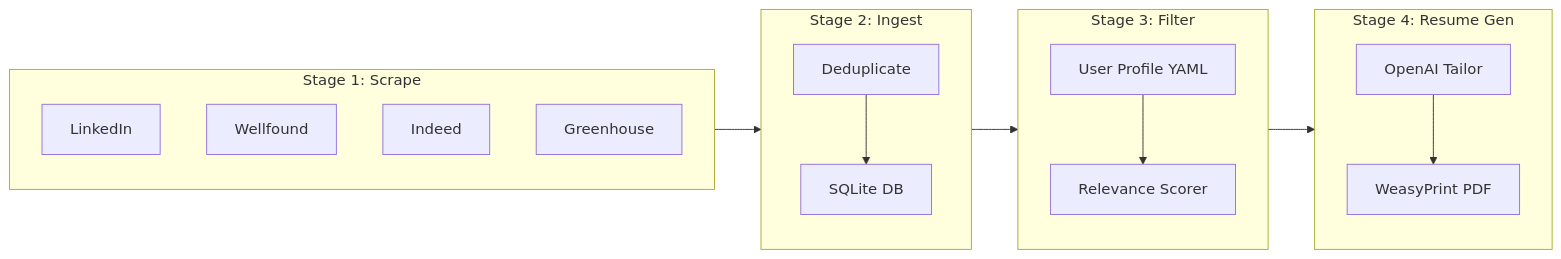
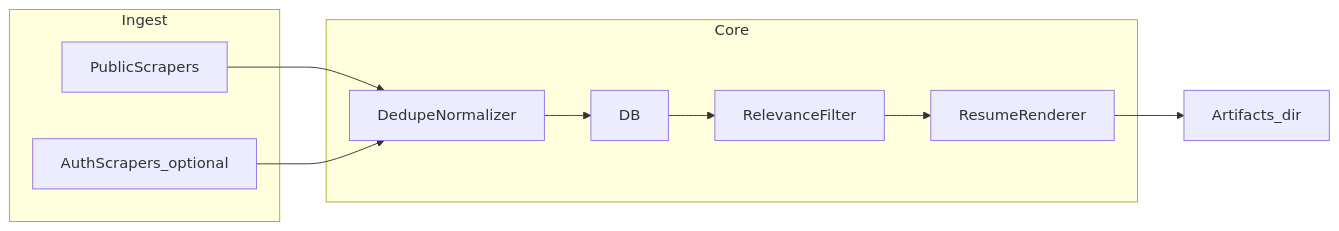
One commit to sogani12/llm-planning-graph changed the diagram in eval/experiments/project_01_job_copilot/condition_a/plan.md. Above: the diagram before and after it, drawn with Mermaid. The commit also changed other lines of this file and 11 other files, not shown here.

Commit message:
add experiment 1 results: condition A/B conversations, plans, final graph, updated objectives

````diff
--- a/eval/experiments/project_01_job_copilot/condition_a/plan.md
+++ b/eval/experiments/project_01_job_copilot/condition_a/plan.md
@@ -9,31 +46,19 @@
 ```mermaid
 flowchart LR
-  subgraph scrape [Stage 1: Scrape]
-    LinkedIn
-    Wellfound
-    Indeed
-    Greenhouse
+  subgraph ingest [Ingest]
+    A1[PublicScrapers]
+    A2[AuthScrapers_optional]
   end
-
-  subgraph ingest [Stage 2: Ingest]
-    Dedup["Deduplicate"]
-    DB["SQLite DB"]
+  subgraph core [Core]
+    B[DedupeNormalizer]
+    C[DB]
+    D[RelevanceFilter]
+    E[ResumeRenderer]
   end
-
-  subgraph filter [Stage 3: Filter]
-    Profile["User Profile YAML"]
-    Matcher["Relevance Scorer"]
-  end
-
-  subgraph resume [Stage 4: Resume Gen]
-    OpenAI["OpenAI Tailor"]
-    PDF["WeasyPrint PDF"]
-  end
-
-  scrape --> ingest
-  Dedup --> DB
-  ingest --> filter
-  Profile --> Matcher
-  filter --> resume
-  OpenAI --> PDF
+  A1 --> B
+  A2 --> B
+  B --> C
+  C --> D
+  D --> E
+  E --> F[Artifacts_dir]
 ```
````
